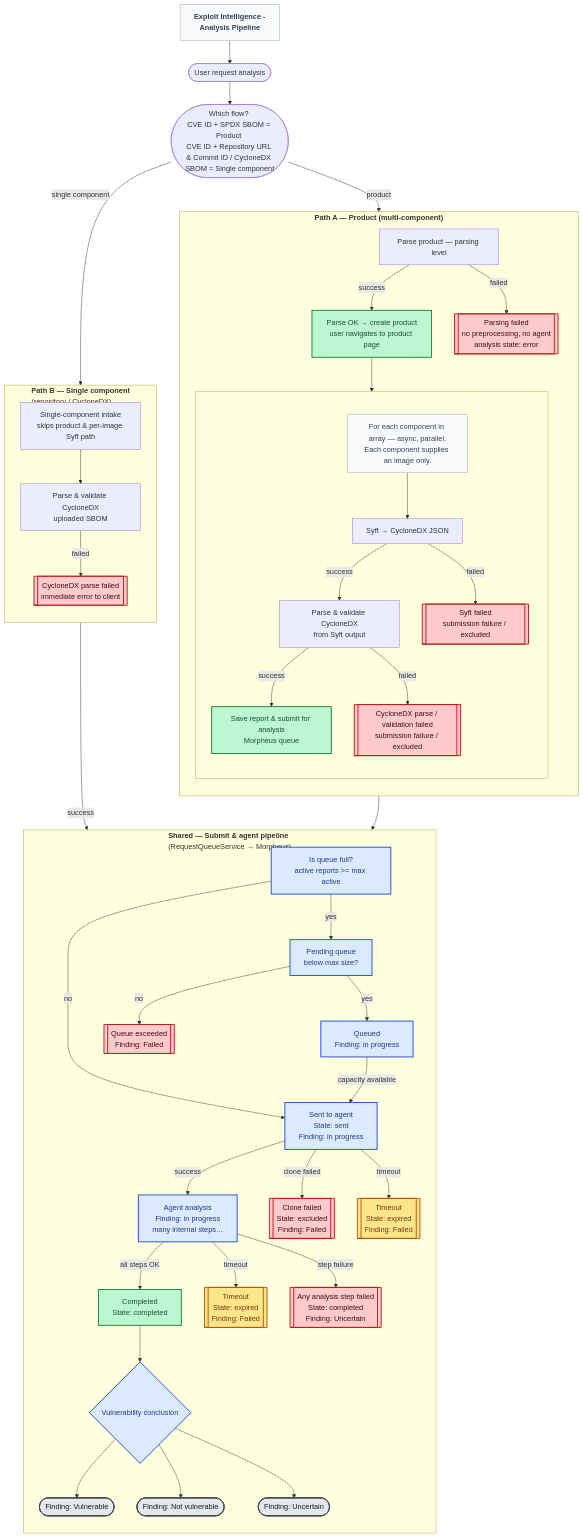
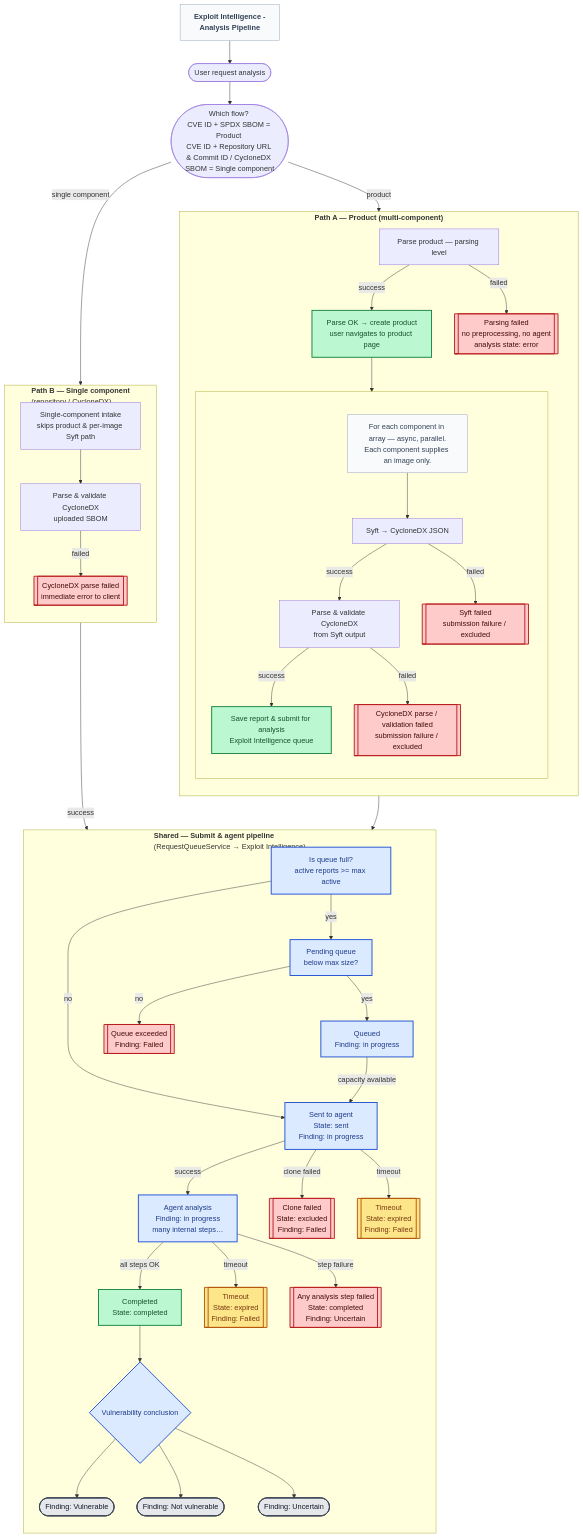
The diagram in README.md (RHEcosystemAppEng/agent-morpheus-client), drawn with Mermaid before and after one commit. The commit also changed other lines of this file and 23 other files, not shown here.

Commit message:
Rename ExploitIQ/Agent morpheus to Exploit Intelligence

```diff
--- a/README.md
+++ b/README.md
@@ -167,7 +167,7 @@
             SYFT_FAIL[[Syft failed<br/>submission failure / excluded]]
             CYCLONE_VAL["Parse &amp; validate CycloneDX<br/>from Syft output"]
             CYCLONE_FAIL[[CycloneDX parse / validation failed<br/>submission failure / excluded]]
-            TO_AGENT["Save report &amp; submit for analysis<br/>Morpheus queue"]
+            TO_AGENT["Save report &amp; submit for analysis<br/>Exploit Intelligence queue"]
 
             PER_CAPTION --> SYFT
         end
@@ -188,7 +188,7 @@
         SC_CYCLONE_ERR[[CycloneDX parse failed<br/>immediate error to client]]
     end
 
-    subgraph AGENT["<b>Shared — Submit &amp; agent pipeline</b><br/>(RequestQueueService → Morpheus)"]
+    subgraph AGENT["<b>Shared — Submit &amp; agent pipeline</b><br/>(RequestQueueService → Exploit Intelligence)"]
         direction TB
         QUEUE_GATE["Is queue full?<br/>active reports &gt;= max active"]
         PEND_CAP[Pending queue<br/>below max size?]
```
